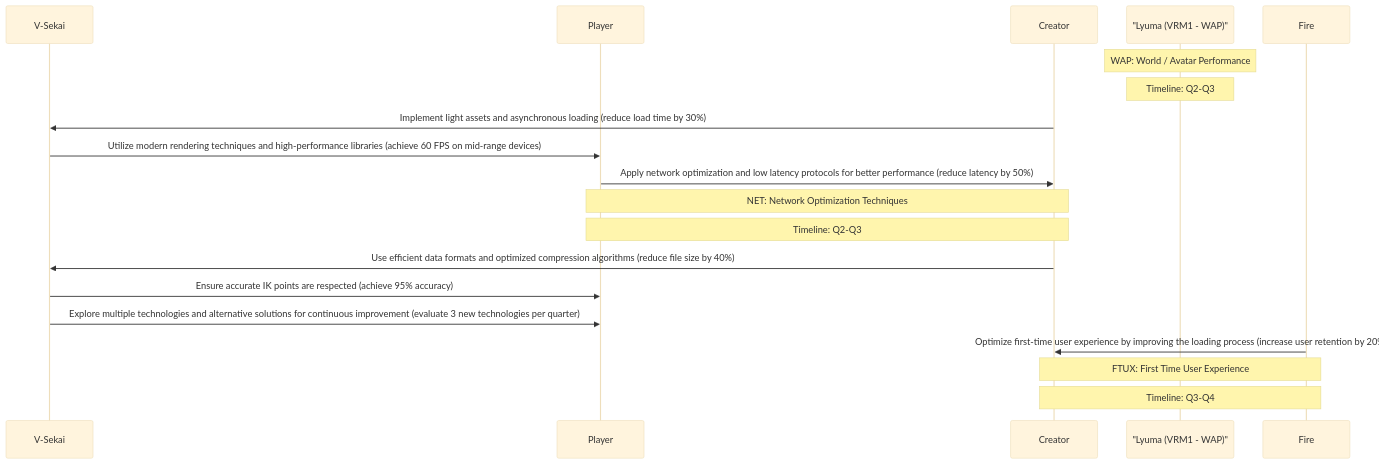
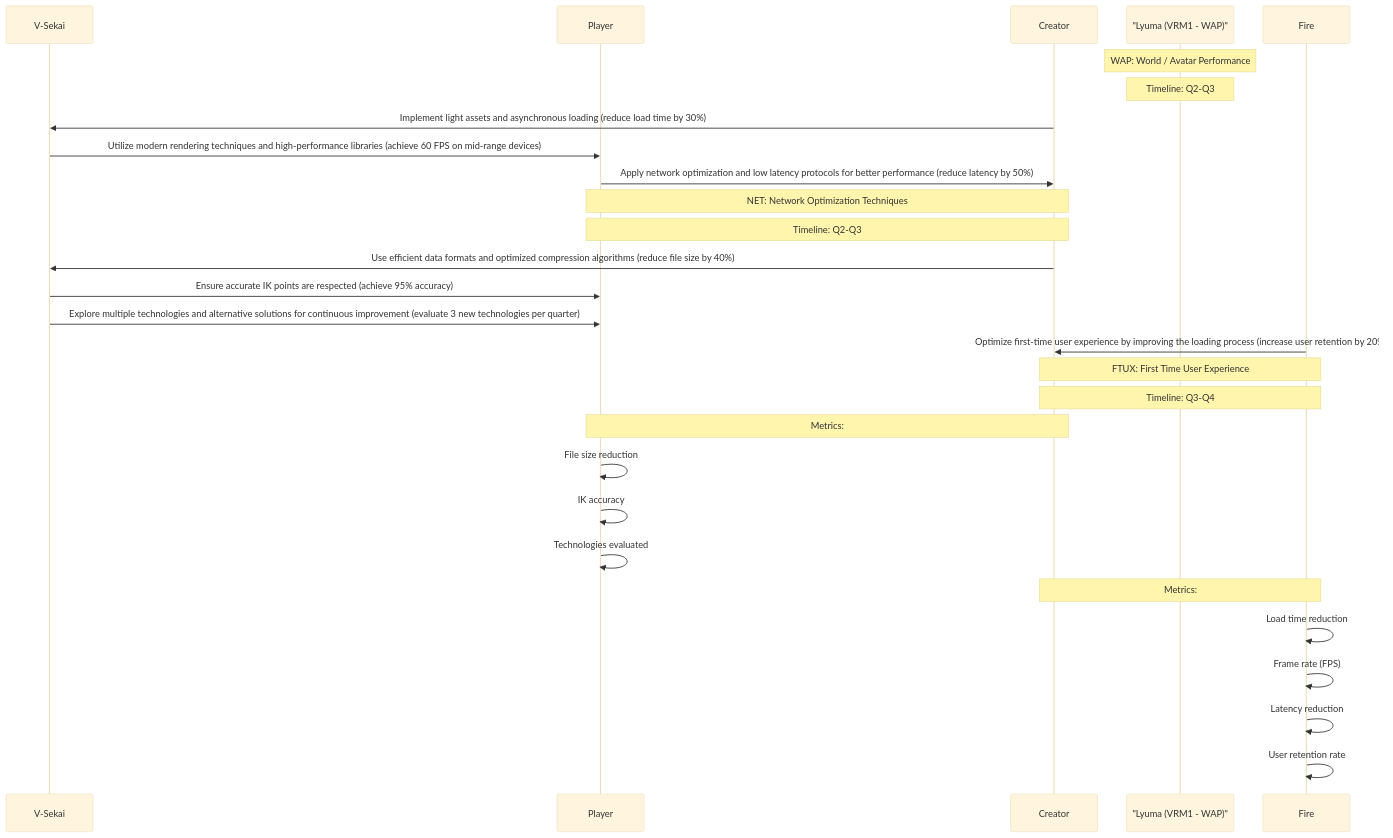
One commit to V-Sekai/manuals changed the diagram in decisions/20230618-v-sekai-roadmap.md. Above: the diagram before and after it, drawn with Mermaid (base theme).

Commit message:
Update with matrics.

````diff
--- a/decisions/20230618-v-sekai-roadmap.md
+++ b/decisions/20230618-v-sekai-roadmap.md
@@ -23,26 +23,38 @@
 ```mermaid
 sequenceDiagram
     participant V-Sekai
     participant Player
     participant Creator
     participant Lyuma as "Lyuma (VRM1 - WAP)"
     participant Fire
 
     Note over Lyuma: WAP: World / Avatar Performance
     Note over Lyuma: Timeline: Q2-Q3
 
     Creator->>V-Sekai: Implement light assets and asynchronous loading (reduce load time by 30%)
     V-Sekai->>Player: Utilize modern rendering techniques and high-performance libraries (achieve 60 FPS on mid-range devices)
     Player->>Creator: Apply network optimization and low latency protocols for better performance (reduce latency by 50%)
 
     Note over Player, Creator: NET: Network Optimization Techniques
     Note over Player, Creator: Timeline: Q2-Q3
 
     Creator->>V-Sekai: Use efficient data formats and optimized compression algorithms (reduce file size by 40%)
     V-Sekai->>Player: Ensure accurate IK points are respected (achieve 95% accuracy)
     V-Sekai->>Player: Explore multiple technologies and alternative solutions for continuous improvement (evaluate 3 new technologies per quarter)
     Fire->>Creator: Optimize first-time user experience by improving the loading process (increase user retention by 20%)
 
     Note over Fire, Creator: FTUX: First Time User Experience
     Note over Fire, Creator: Timeline: Q3-Q4
+
+    %% Metrics
+    Note over Player, Creator: Metrics:
+    Player->>Player: File size reduction
+    Player->>Player: IK accuracy
+    Player->>Player: Technologies evaluated
+
+    Note over Fire, Creator: Metrics:
+    Fire->>Fire: Load time reduction
+    Fire->>Fire: Frame rate (FPS)
+    Fire->>Fire: Latency reduction
+    Fire->>Fire: User retention rate
 ```
````
